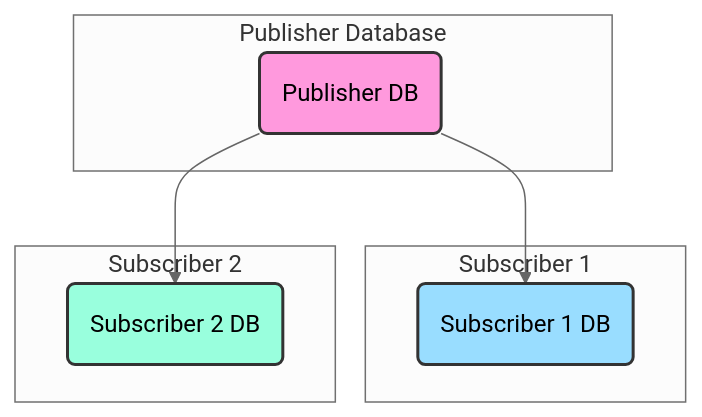
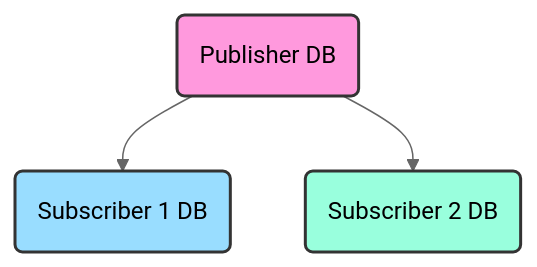
Before and after one commit to doolin/logical-replication-demo: the diagram in images/logical-replication-architecture.mmd, drawn with Mermaid (neutral theme). The commit also changed 3 other files, not shown here.

First line of the commit message:
Clean up the mermaid architecture diagram

```diff
--- a/images/logical-replication-architecture.mmd
+++ b/images/logical-replication-architecture.mmd
@@ -1,20 +1,12 @@
 graph TD
 
-    subgraph Publisher Database
-        pubDB(Publisher DB)
-    end
-
-    subgraph Subscriber 1
-        sub1DB(Subscriber 1 DB)
-    end
-
-    subgraph Subscriber 2
-        sub2DB(Subscriber 2 DB)
-    end
+    pubDB(Publisher DB)
+    sub1DB(Subscriber 1 DB)
+    sub2DB(Subscriber 2 DB)
 
     pubDB --> sub1DB
     pubDB --> sub2DB
 
     style pubDB fill:#f9d,stroke:#333,stroke-width:2px
     style sub1DB fill:#9df,stroke:#333,stroke-width:2px
     style sub2DB fill:#9fd,stroke:#333,stroke-width:2px
```
